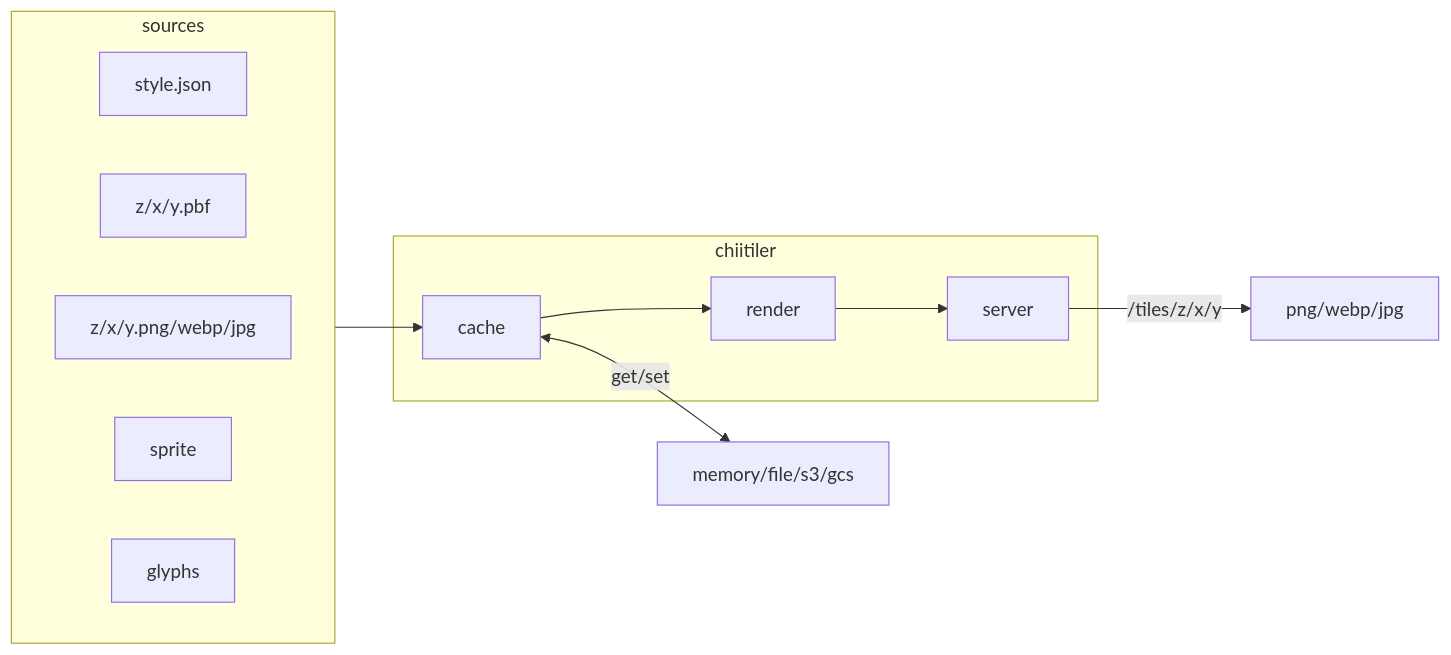
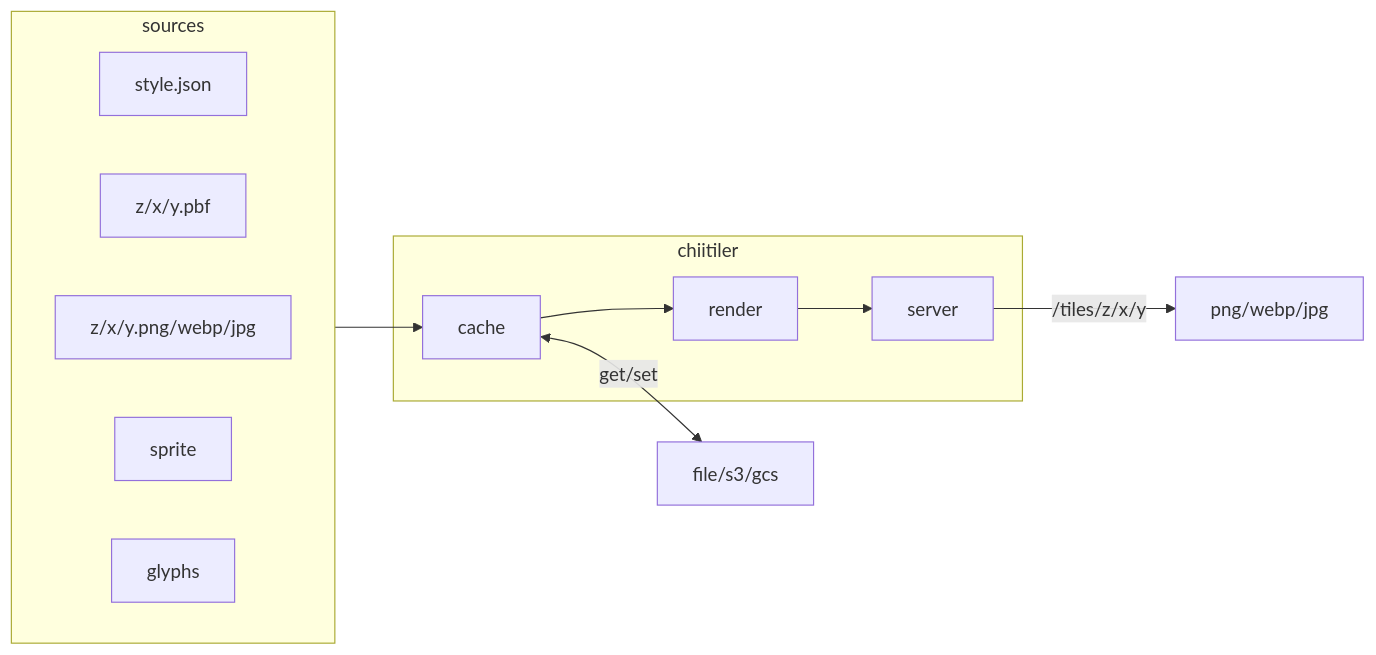
Before and after one commit to Kanahiro/chiitiler: the diagram in README.md, drawn with Mermaid. The commit also changed other lines of this file and 13 other files, not shown here.

First line of the commit message:
Remove memoryCache and rename withMemoryCache to withFrontCache

````diff
--- a/README.md
+++ b/README.md
@@ -399,20 +400,20 @@
 ```mermaid
 graph LR
     subgraph sources
         direction LR
         A[style.json]
         B[z/x/y.pbf]
         C[z/x/y.png/webp/jpg]
         D[sprite]
         E[glyphs]
     end
 
     subgraph chiitiler
         cache
         render
         server
     end
 
     sources --> cache --> render --> server --/tiles/z/x/y--> png/webp/jpg
-    cache <--get/set--> memory/file/s3/gcs
+    cache <--get/set--> file/s3/gcs
 ```
````
